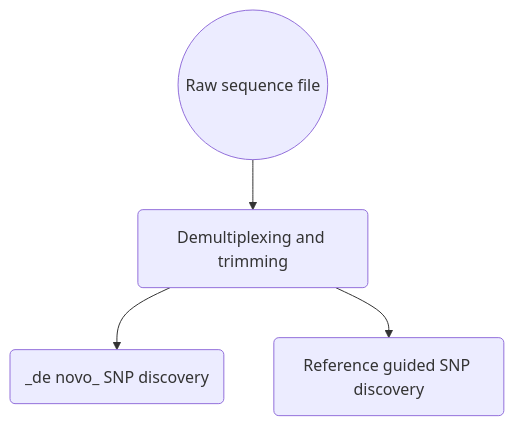
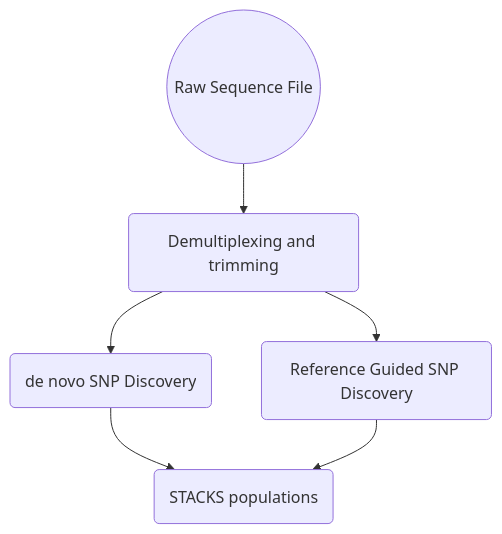
The diagram in 5_Intro_to_GBSdata/README.md (UC-ConSERT/Welcome-to-ConSERT), drawn with Mermaid before and after one commit.

Commit message:
Update GBS README

````diff
--- a/5_Intro_to_GBSdata/README.md
+++ b/5_Intro_to_GBSdata/README.md
@@ -4,6 +4,8 @@
  ```mermaid
  flowchart TD
-    A((Raw sequence file)) --> B(Demultiplexing and trimming)
-    B(Demultiplexing and trimming) --> C(_de novo_ SNP discovery)
-    B(Demultiplexing and trimming) --> D(Reference guided SNP discovery)
+    A((Raw Sequence File)) --> B(Demultiplexing and Trimming)
+    B(Demultiplexing and Trimming) --> C(de novo SNP Discovery)
+    B(Demultiplexing and trimming) --> D(Reference Guided SNP Discovery)
+    C(de novo SNP Discovery) --> E(STACKS populations)
+    D(Reference Guided SNP Discovery) --> E(STACKS populations)
 ```
````
